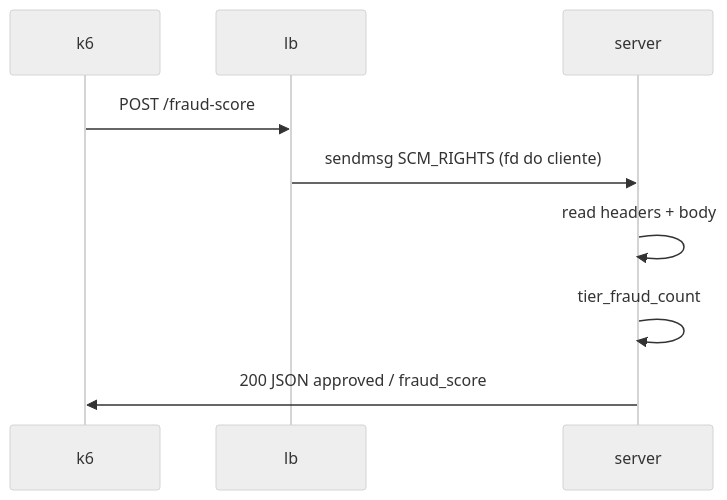
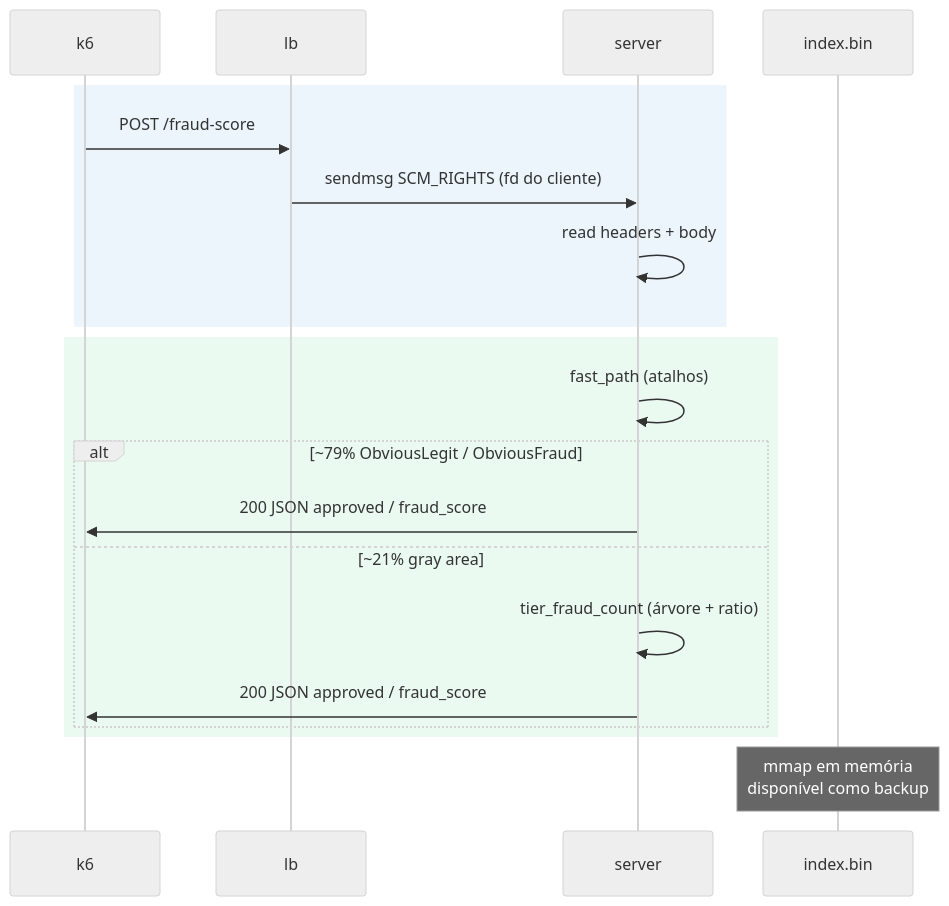
The sixth of 9 diagrams in README.md (sl4ureano/rinha2026), drawn with Mermaid (neutral theme) before and after one commit. The commit also changed other lines of this file and 10 other files, not shown here.

````diff
--- a/README.md
+++ b/README.md
@@ -131,11 +238,25 @@
 ```mermaid
 sequenceDiagram
     participant K as k6
     participant LB as lb
     participant API as server
-    K->>LB: POST /fraud-score
-    LB->>API: sendmsg SCM_RIGHTS (fd do cliente)
-    API->>API: read headers + body
-    API->>API: tier_fraud_count
-    API->>K: 200 JSON approved / fraud_score
+    participant IDX as index.bin
+
+    rect rgb(235, 245, 251)
+        K->>LB: POST /fraud-score
+        LB->>API: sendmsg SCM_RIGHTS (fd do cliente)
+        API->>API: read headers + body
+    end
+
+    rect rgb(234, 250, 241)
+        API->>API: fast_path (atalhos)
+        alt ~79% ObviousLegit / ObviousFraud
+            API->>K: 200 JSON approved / fraud_score
+        else ~21% gray area
+            API->>API: tier_fraud_count (árvore + ratio)
+            API->>K: 200 JSON approved / fraud_score
+        end
+    end
+
+    Note over IDX: mmap em memória<br/>disponível como backup
 ```
````
